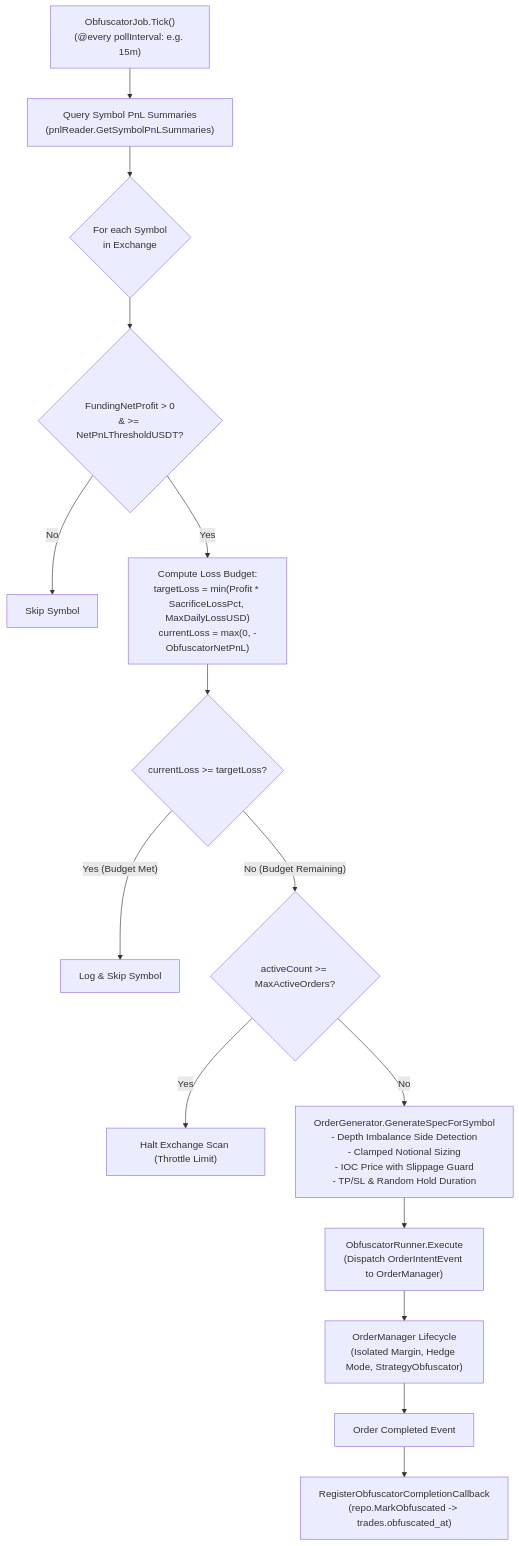
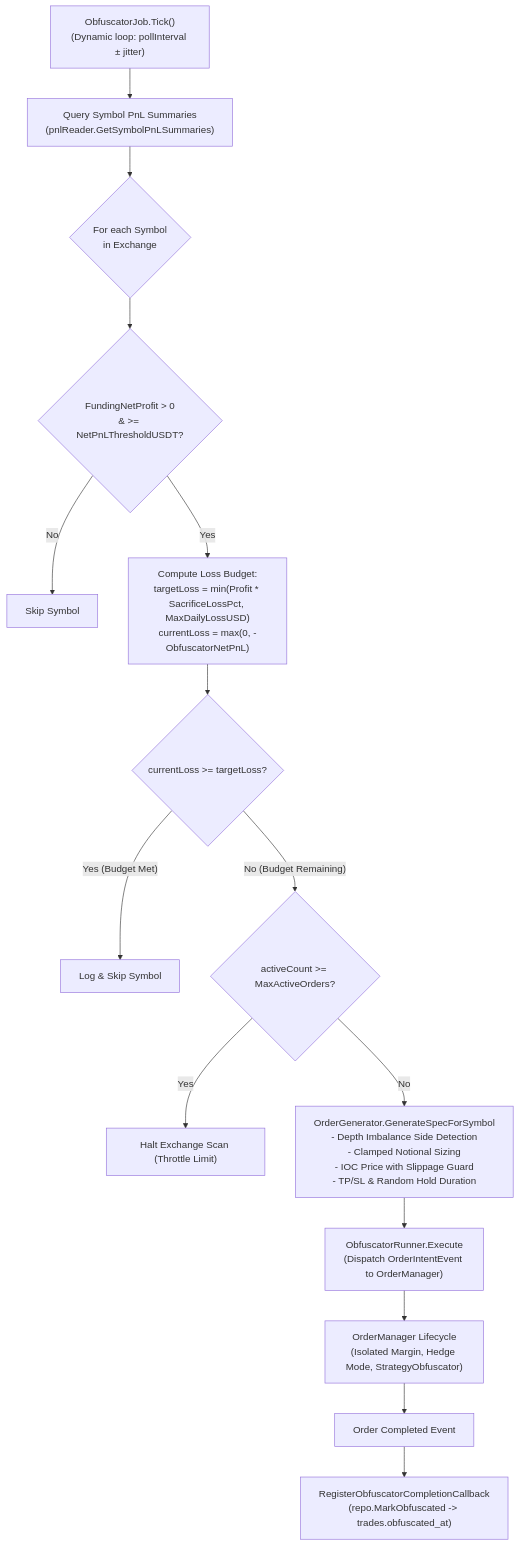
One commit to dangnmh/crypto-bot changed the diagram in docs/business/funding/obfuscator_flow.md. Above: the diagram before and after it, drawn with Mermaid. The commit also changed other lines of this file and 12 other files, not shown here.

````diff
--- a/docs/business/funding/obfuscator_flow.md
+++ b/docs/business/funding/obfuscator_flow.md
@@ -33,23 +33,23 @@
 ```mermaid
 flowchart TD
-    TICK["ObfuscatorJob.Tick()<br/>(@every pollInterval: e.g. 15m)"] --> SCAN["Query Symbol PnL Summaries<br/>(pnlReader.GetSymbolPnLSummaries)"]
+    TICK["ObfuscatorJob.Tick()<br/>(Dynamic loop: pollInterval ± jitter)"] --> SCAN["Query Symbol PnL Summaries<br/>(pnlReader.GetSymbolPnLSummaries)"]
     
     SCAN --> LOOP{"For each Symbol<br/>in Exchange"}
     
     LOOP --> PROFIT_CHECK{"FundingNetProfit > 0<br/>& >= NetPnLThresholdUSDT?"}
     PROFIT_CHECK -- "No" --> SKIP_SYM["Skip Symbol"]
     PROFIT_CHECK -- "Yes" --> BUDGET_CALC["Compute Loss Budget:<br/>targetLoss = min(Profit * SacrificeLossPct, MaxDailyLossUSD)<br/>currentLoss = max(0, -ObfuscatorNetPnL)"]
     
     BUDGET_CALC --> SATISFIED{"currentLoss >= targetLoss?"}
     SATISFIED -- "Yes (Budget Met)" --> LOG_MET["Log & Skip Symbol"]
     SATISFIED -- "No (Budget Remaining)" --> ACT_CHECK{"activeCount >= MaxActiveOrders?"}
     
     ACT_CHECK -- "Yes" --> BREAK_EXCH["Halt Exchange Scan (Throttle Limit)"]
     ACT_CHECK -- "No" --> GEN["OrderGenerator.GenerateSpecForSymbol<br/>- Depth Imbalance Side Detection<br/>- Clamped Notional Sizing<br/>- IOC Price with Slippage Guard<br/>- TP/SL & Random Hold Duration"]
     
     GEN --> RUN["ObfuscatorRunner.Execute<br/>(Dispatch OrderIntentEvent to OrderManager)"]
     RUN --> OM["OrderManager Lifecycle<br/>(Isolated Margin, Hedge Mode, StrategyObfuscator)"]
     
     OM --> COMPLETED["Order Completed Event"]
     COMPLETED --> CALLBACK["RegisterObfuscatorCompletionCallback<br/>(repo.MarkObfuscated -> trades.obfuscated_at)"]
 ```
````
